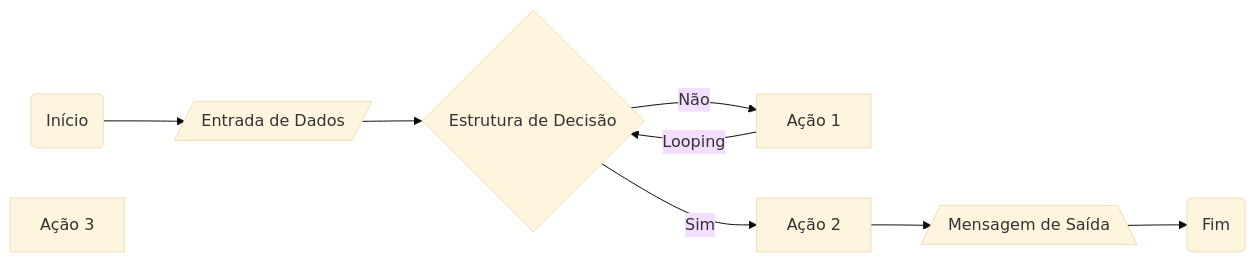
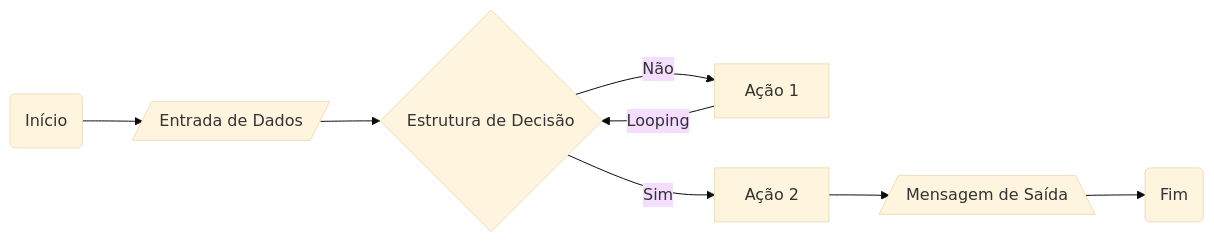
One commit to AmilcarJZN/logica_dio changed the first of 2 diagrams in Notas de Aula.md. Above: the diagram before and after it, drawn with Mermaid (base theme). The commit also changed other lines of this file, not shown here.

````diff
--- a/Notas de Aula.md
+++ b/Notas de Aula.md
@@ -18,18 +18,18 @@
 ```mermaid
 graph LR;
     A(Início);
     B[/Entrada de Dados/];
     C{Estrutura de Decisão};
     D[Ação 1];
     E[Ação 2];
-    F[Ação 3];
+
     G(Fim);
     H[/Mensagem de Saída\];
 A-->B;
 B-->C;
 C--Não -->D;
 C--Sim -->E;
 E-->H;
 D--Looping -->C;
 H-->G;
 ```
````
